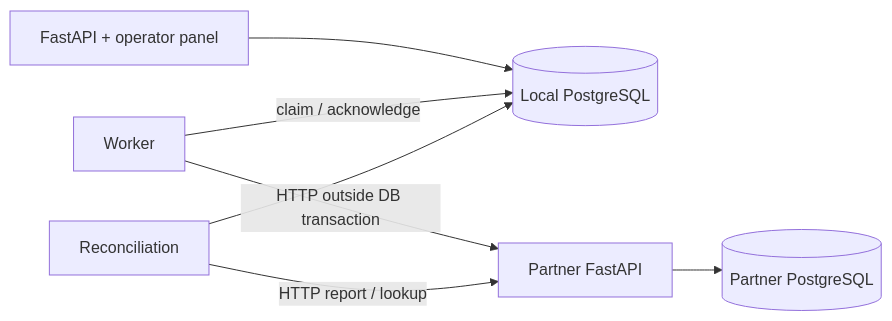
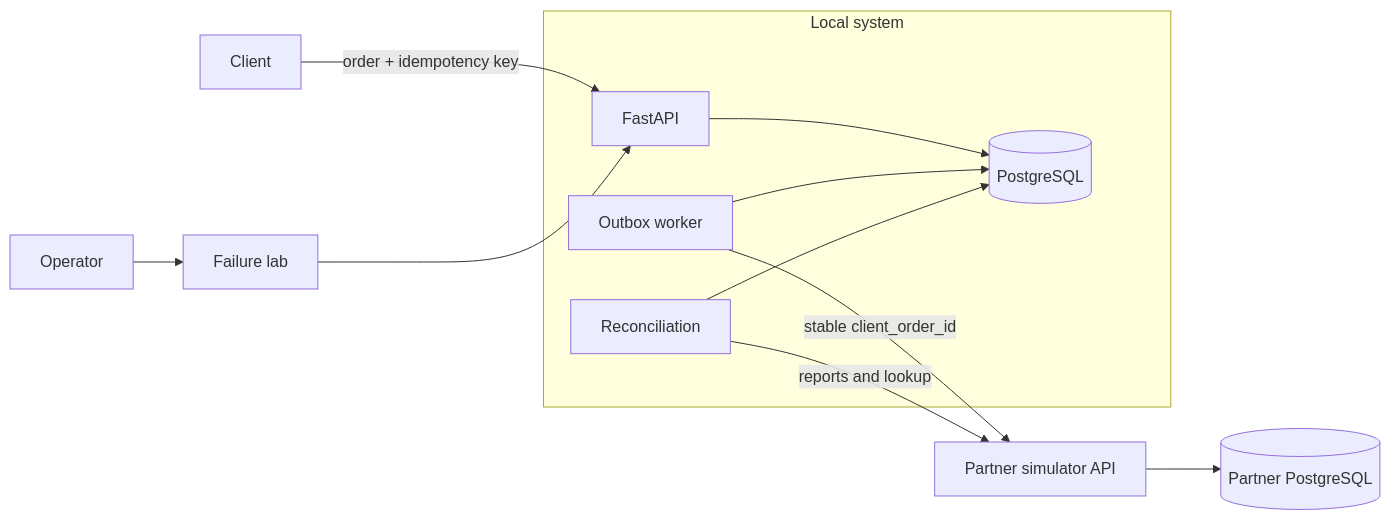
Before and after one commit to SimonSlominski/brokerage-lab: the first of 2 diagrams in README.md, drawn with Mermaid. The commit also changed other lines of this file, not shown here.

````diff
--- a/README.md
+++ b/README.md
@@ -100,9 +35,16 @@
 ```mermaid
 flowchart LR
-    API[FastAPI + operator panel] --> DB[(Local PostgreSQL)]
-    Worker -->|claim / acknowledge| DB
-    Worker -->|HTTP outside DB transaction| Partner[Partner FastAPI]
-    Partner --> PDB[(Partner PostgreSQL)]
-    Reconciliation -->|HTTP report / lookup| Partner
-    Reconciliation --> DB
+    Client[Client] -->|order + idempotency key| API[FastAPI]
+    Operator[Operator] --> Panel[Failure lab]
+    Panel --> API
+
+    subgraph Local system
+        API --> DB[(PostgreSQL)]
+        Worker[Outbox worker] --> DB
+        Reconciliation --> DB
+    end
+
+    Worker -->|stable client_order_id| Partner[Partner simulator API]
+    Partner --> PartnerDB[(Partner PostgreSQL)]
+    Reconciliation -->|reports and lookup| Partner
 ```
````
